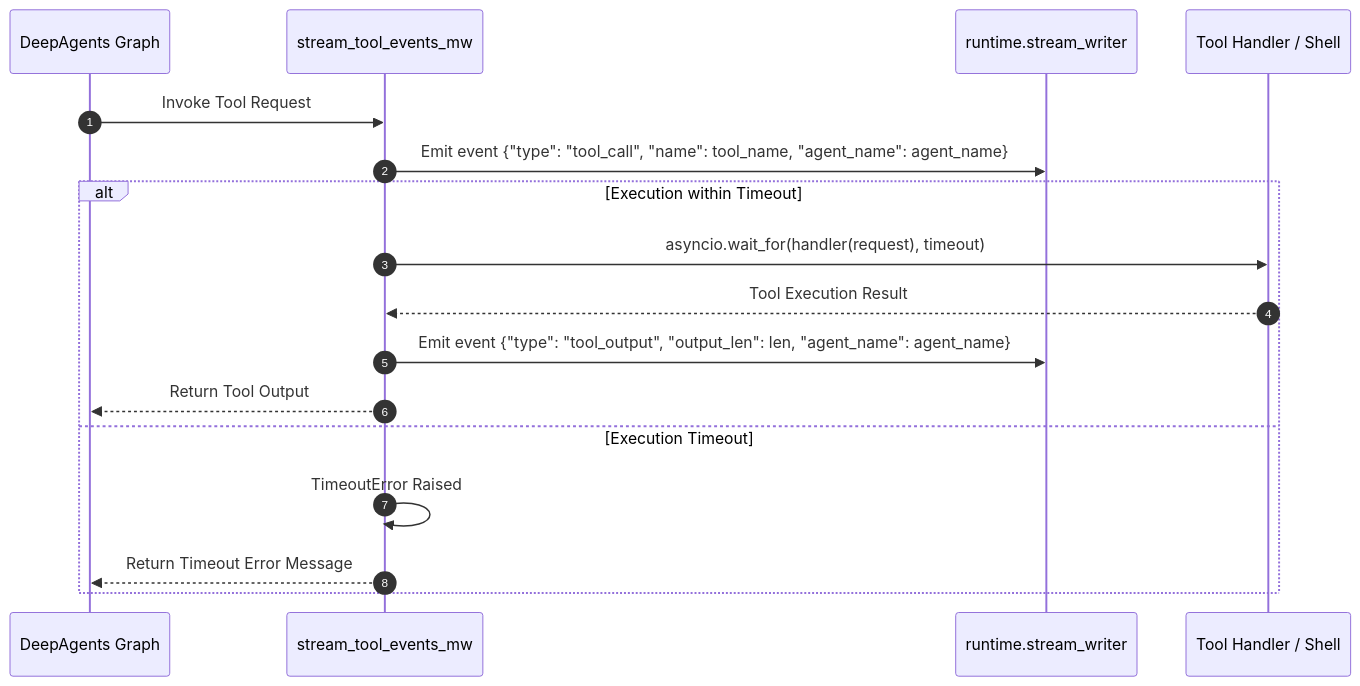
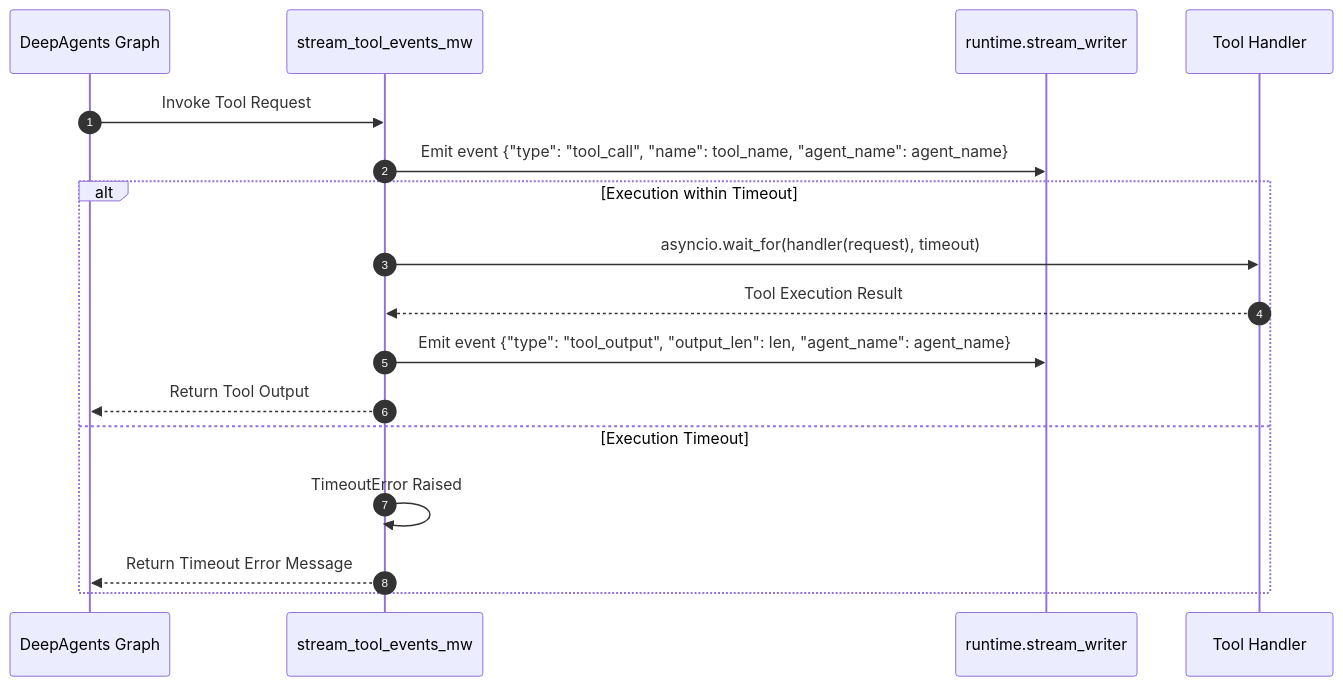
Before and after one commit to arrase/ollama-agent: the sixth of 8 diagrams in docs/architecture.md, drawn with Mermaid. The commit also changed other lines of this file and 8 other files, not shown here.

````diff
--- a/docs/architecture.md
+++ b/docs/architecture.md
@@ -179,20 +188,20 @@
 ```mermaid
 sequenceDiagram
     autonumber
     participant Graph as DeepAgents Graph
     participant MW as stream_tool_events_mw
     participant Writer as runtime.stream_writer
-    participant Handler as Tool Handler / Shell
+    participant Handler as Tool Handler
     
     Graph->>MW: Invoke Tool Request
     MW->>Writer: Emit event {"type": "tool_call", "name": tool_name, "agent_name": agent_name}
     alt Execution within Timeout
         MW->>Handler: asyncio.wait_for(handler(request), timeout)
         Handler-->>MW: Tool Execution Result
         MW->>Writer: Emit event {"type": "tool_output", "output_len": len, "agent_name": agent_name}
         MW-->>Graph: Return Tool Output
     else Execution Timeout
         MW->>MW: TimeoutError Raised
         MW-->>Graph: Return Timeout Error Message
     end
 ```
````
